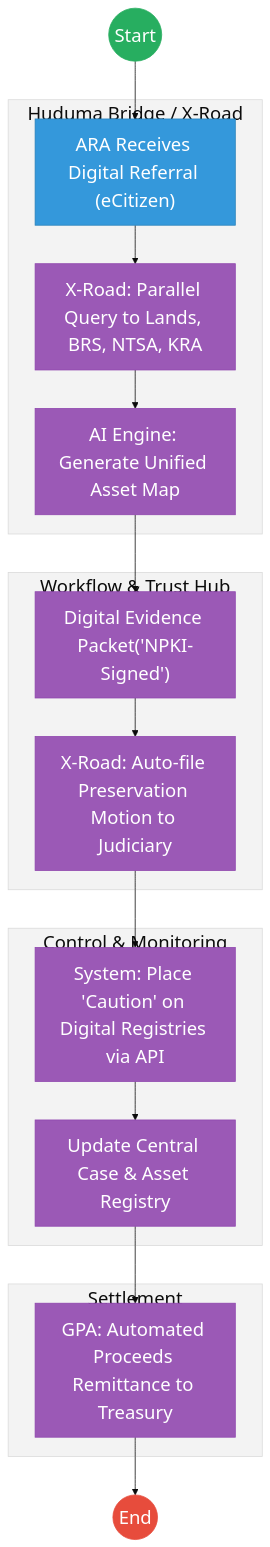
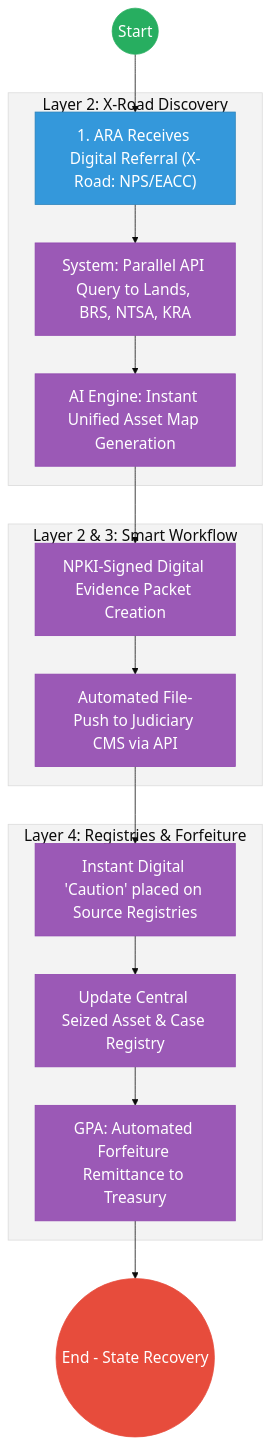
Before and after one commit to BITZ-IT-Consulting-LTD/ictapoc: the second of 2 diagrams in mdas/docs_final/priority_mdas/Assets_Recovery_Agency___Service_Delivery.md, drawn with Mermaid. The commit also changed other lines of this file and 37 other files, not shown here.

````diff
--- a/mdas/docs_final/priority_mdas/Assets_Recovery_Agency___Service_Delivery.md
+++ b/mdas/docs_final/priority_mdas/Assets_Recovery_Agency___Service_Delivery.md
@@ -127,35 +114,33 @@
 ```mermaid
-%%{init: { 'theme': 'base', 'themeVariables': { 'fontSize': '24px', 'fontFamily': 'Inter, system-ui, sans-serif', 'primaryColor': '#ffffff', 'edgeLabelBackground':'#ffffff', 'tertiaryColor': '#f3f3f3', 'mainBkg': '#ffffff', 'nodeBorder': '#333333' } } }%%
-graph TD
-    Start((Start)) --> Referral["ARA Receives Digital Referral (eCitizen)"]
+%%{init: { 'theme': 'base', 'themeVariables': { 'fontSize': '20px', 'fontFamily': 'Inter, system-ui, sans-serif', 'primaryColor': '#ffffff', 'edgeLabelBackground':'#ffffff', 'tertiaryColor': '#f3f3f3', 'mainBkg': '#ffffff', 'nodeBorder': '#333333' } } }%%
+flowchart TD
+    Start((Start)) --> Referral["1. ARA Receives Digital Referral (X-Road: NPS/EACC)"]
     
-    subgraph Layer3["Huduma Bridge / X-Road"]
-        Referral --> Trace["X-Road: Parallel Query to Lands, BRS, NTSA, KRA"]
-        Trace --> Map["AI Engine: Generate Unified Asset Map"]
+    subgraph Trust_Hub["Layer 2: X-Road Discovery"]
+        Referral --> Trace["System: Parallel API Query to Lands, BRS, NTSA, KRA"]
+        Trace --> Map["AI Engine: Instant Unified Asset Map Generation"]
     end
+
+    subgraph Operations["Layer 2 & 3: Smart Workflow"]
+        Map --> Evidence["NPKI-Signed Digital Evidence Packet Creation"]
+        Evidence --> Judicial_API["Automated File-Push to Judiciary CMS via API"]
+    end
+
+    subgraph Settlement["Layer 4: Registries & Forfeiture"]
+        Judicial_API --> Freeze["Instant Digital 'Caution' placed on Source Registries"]
+        Freeze --> Registry["Update Central Seized Asset & Case Registry"]
+        Registry --> Liquidate["GPA: Automated Forfeiture Remittance to Treasury"]
+    end
+
+    Liquidate --> EndProcess(("End - State Recovery"))
+
+    classDef start fill:#27ae60,stroke:#27ae60,color:#fff,font-size:20px;;
+    classDef endNode fill:#e74c3c,stroke:#e74c3c,color:#fff,font-size:20px;;
+    classDef userTask fill:#3498db,stroke:#2980b9,color:#fff,font-size:20px;;
+    classDef serviceTask fill:#9b59b6,stroke:#8e44ad,color:#fff,font-size:20px;;
     
-    subgraph Layer2["Workflow & Trust Hub"]
-        Map --> Evidence["Digital Evidence Packet('NPKI-Signed')"]
-        Evidence --> Judicial_API["X-Road: Auto-file Preservation Motion to Judiciary"]
-    end
-    
-    subgraph Layer4["Control & Monitoring"]
-        Judicial_API --> Freeze["System: Place 'Caution' on Digital Registries via API"]
-        Freeze --> Registry["Update Central Case & Asset Registry"]
-    end
-    
-    subgraph Settlement [Settlement]
-        Registry --> Liquidate["GPA: Automated Proceeds Remittance to Treasury"]
-    end
-    
-    Liquidate --> End((End))
-
-    classDef start fill:#27ae60,stroke:#27ae60,color:#fff,font-size:24px,font-size:24px;;
-    classDef endNode fill:#e74c3c,stroke:#e74c3c,color:#fff,font-size:24px,font-size:24px;;
-    classDef userTask fill:#3498db,stroke:#2980b9,color:#fff,font-size:24px,font-size:24px;;
-    classDef serviceTask fill:#9b59b6,stroke:#8e44ad,color:#fff,font-size:24px,font-size:24px;;
     class Start start;
-    class End endNode;
+    class EndProcess endNode;
     class Referral userTask;
     class Trace,Map,Evidence,Judicial_API,Freeze,Registry,Liquidate serviceTask;
 ```
````
